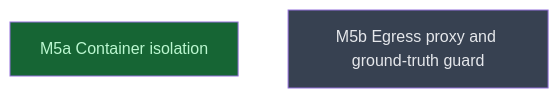
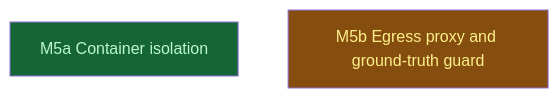
One commit to CrackingShells/Candler changed the diagram in __roadmap__/candler-v1/contracts/parity/alignment/surfaces/isolation/README.md. Above: the diagram before and after it, drawn with Mermaid. The commit also changed other lines of this file and 3 other files, not shown here.

````diff
--- a/__roadmap__/candler-v1/contracts/parity/alignment/surfaces/isolation/README.md
+++ b/__roadmap__/candler-v1/contracts/parity/alignment/surfaces/isolation/README.md
@@ -17,10 +17,10 @@
 ```mermaid
 graph TD
     m5_container_isolation[M5a Container isolation]:::done
-    m5b[M5b Egress proxy and ground-truth guard]:::planned
+    m5b[M5b Egress proxy and ground-truth guard]:::inprogress
     classDef done       fill:#166534,color:#bbf7d0
     classDef inprogress fill:#854d0e,color:#fef08a
     classDef planned    fill:#374151,color:#e5e7eb
     classDef amendment  fill:#1e3a5f,color:#bfdbfe
     classDef blocked    fill:#7f1d1d,color:#fecaca
 ```
````
